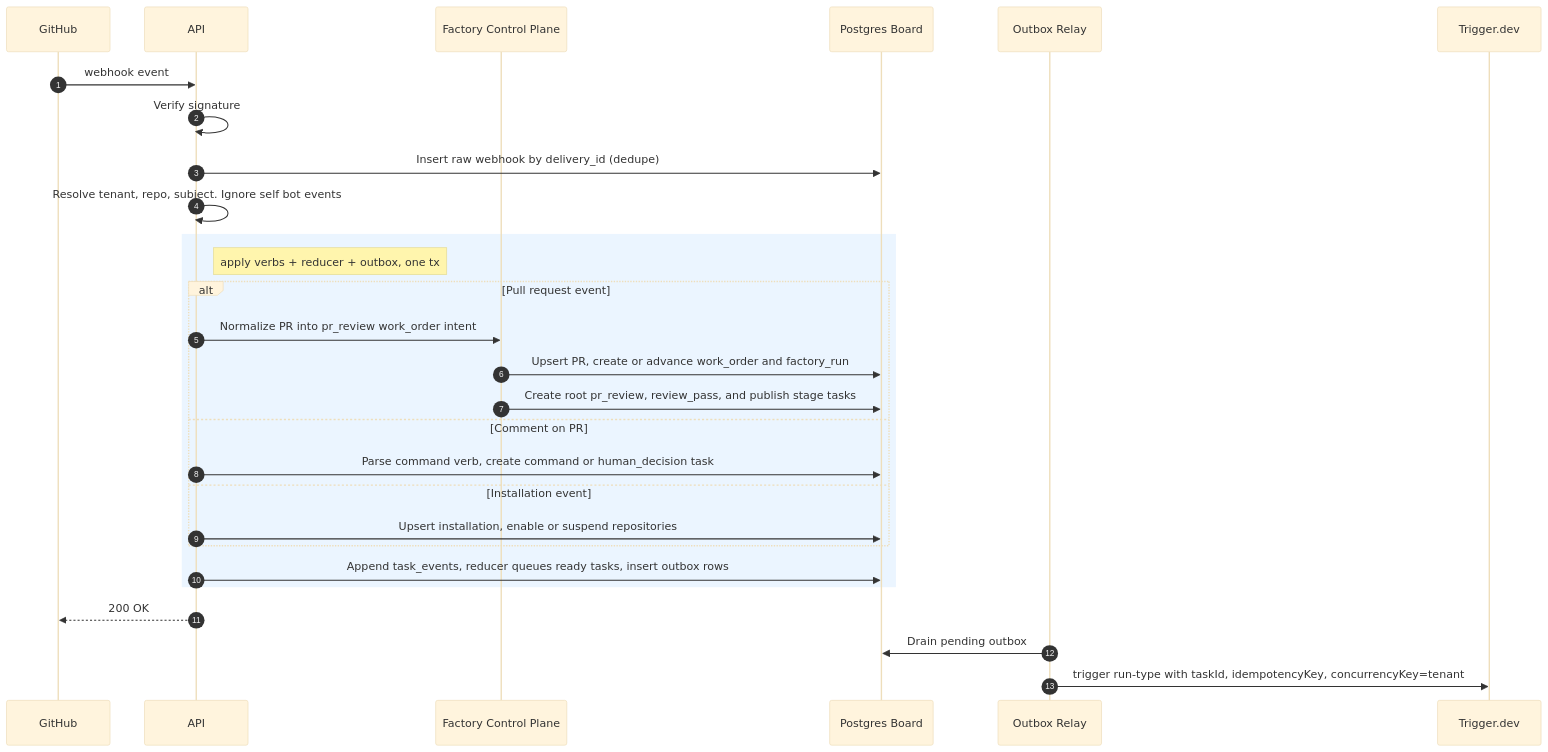
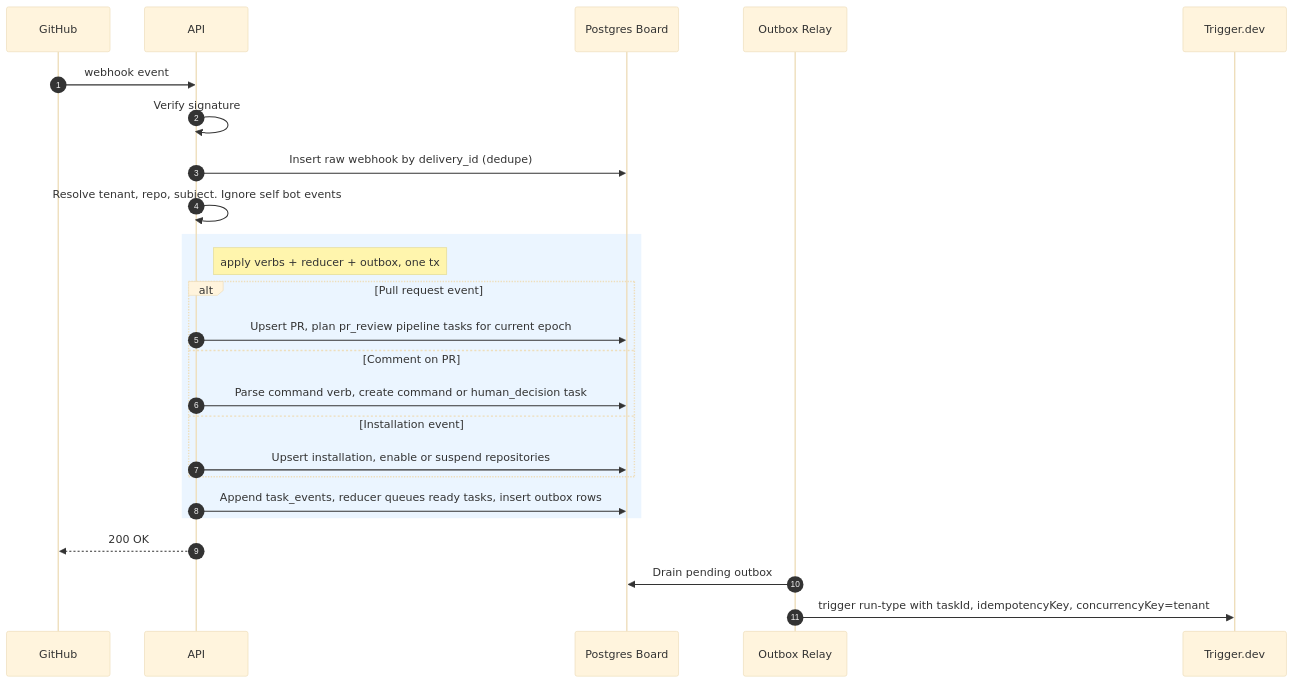
One commit to keon/jina-context-wiki-e2e-20260808 changed the first of 9 diagrams in docs/SEQUENCE_DIAGRAM.md. Above: the diagram before and after it, drawn with Mermaid (base theme). The commit also changed other lines of this file and 28 other files, not shown here.

````diff
--- a/docs/SEQUENCE_DIAGRAM.md
+++ b/docs/SEQUENCE_DIAGRAM.md
@@ -19,30 +18,27 @@
 ```mermaid
 sequenceDiagram
     autonumber
     participant GitHub
     participant API
-    participant Factory as Factory Control Plane
     participant Board as Postgres Board
     participant Relay as Outbox Relay
     participant Trigger as Trigger.dev
     GitHub->>API: webhook event
     API->>API: Verify signature
     API->>Board: Insert raw webhook by delivery_id (dedupe)
     API->>API: Resolve tenant, repo, subject. Ignore self bot events
     rect rgb(235,245,255)
     note right of API: apply verbs + reducer + outbox, one tx
     alt Pull request event
-        API->>Factory: Normalize PR into pr_review work_order intent
-        Factory->>Board: Upsert PR, create or advance work_order and factory_run
-        Factory->>Board: Create root pr_review, review_pass, and publish stage tasks
+        API->>Board: Upsert PR, plan pr_review pipeline tasks for current epoch
     else Comment on PR
         API->>Board: Parse command verb, create command or human_decision task
     else Installation event
         API->>Board: Upsert installation, enable or suspend repositories
     end
     API->>Board: Append task_events, reducer queues ready tasks, insert outbox rows
     end
     API-->>GitHub: 200 OK
     Relay->>Board: Drain pending outbox
     Relay->>Trigger: trigger run-type with taskId, idempotencyKey, concurrencyKey=tenant
 ```
````
